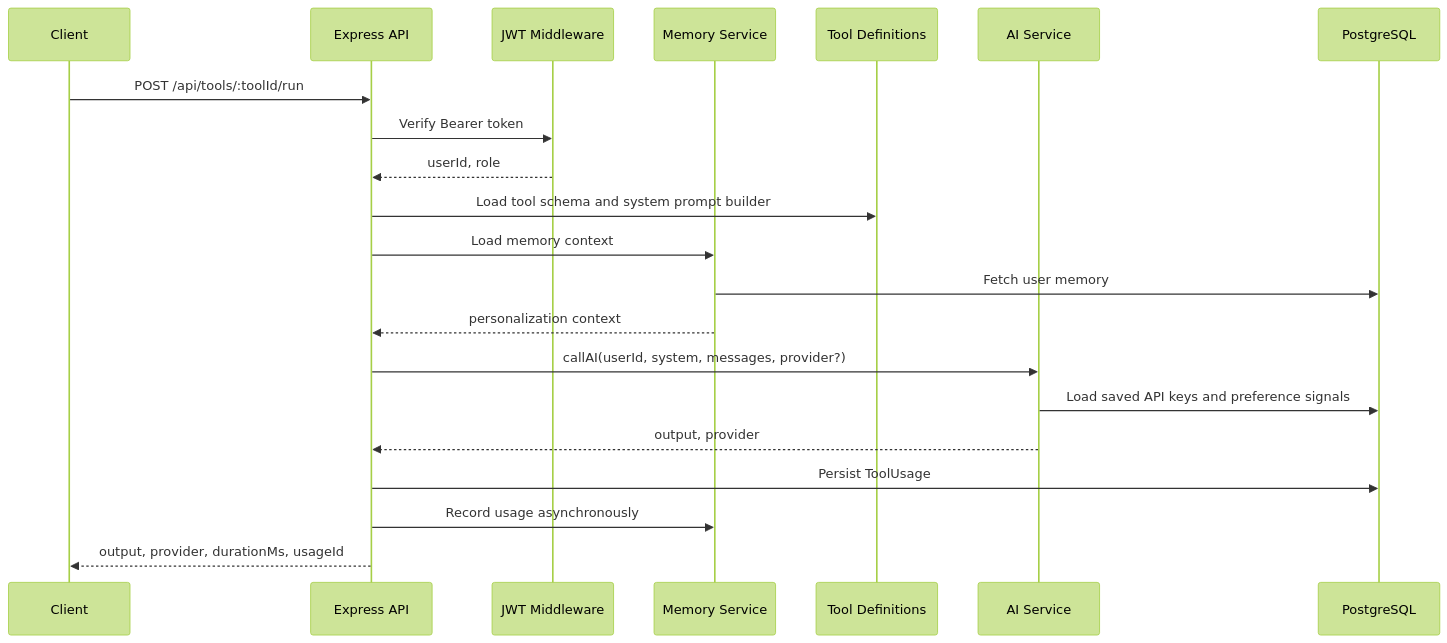
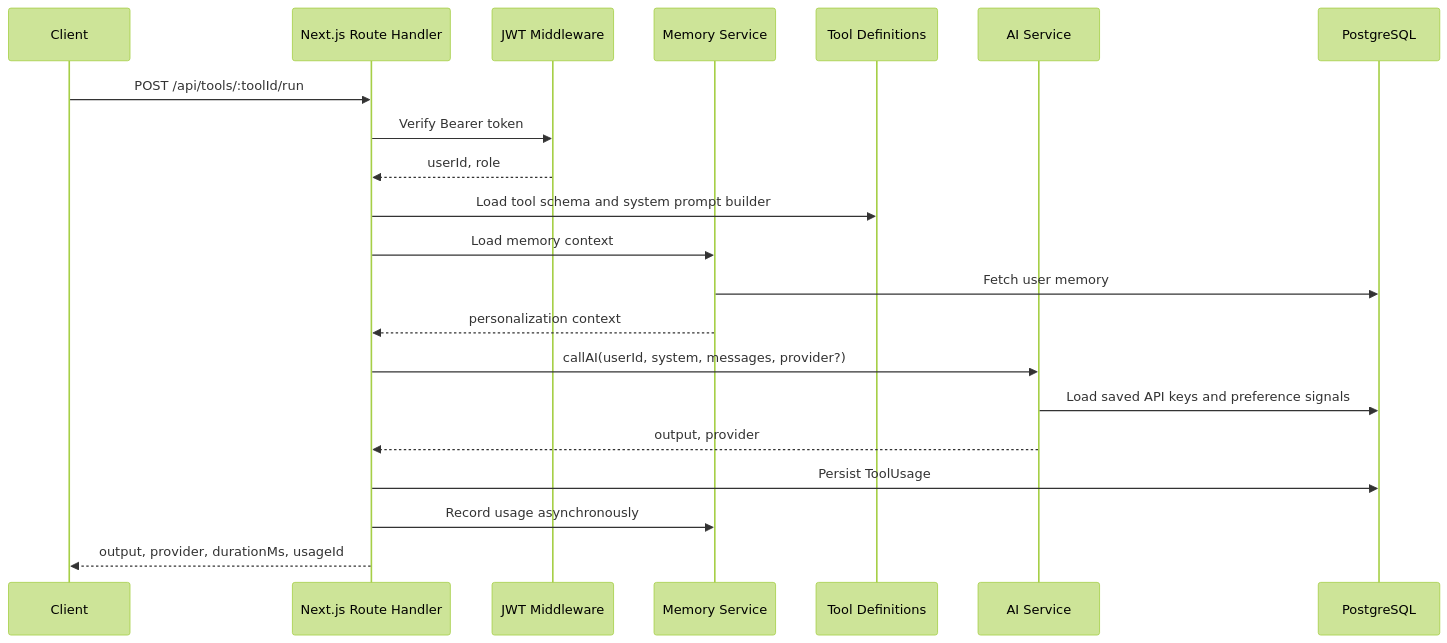
One commit to rushikesh-kanbargi/FluxDesk changed the second of 5 diagrams in README.md. Above: the diagram before and after it, drawn with Mermaid (forest theme). The commit also changed other lines of this file and 89 other files, not shown here.

````diff
--- a/README.md
+++ b/README.md
@@ -207,24 +193,24 @@
 ```mermaid
 sequenceDiagram
     participant Client
-    participant API as Express API
+    participant API as Next.js Route Handler
     participant Auth as JWT Middleware
     participant Memory as Memory Service
     participant Tools as Tool Definitions
     participant AI as AI Service
     participant DB as PostgreSQL
 
     Client->>API: POST /api/tools/:toolId/run
     API->>Auth: Verify Bearer token
     Auth-->>API: userId, role
     API->>Tools: Load tool schema and system prompt builder
     API->>Memory: Load memory context
     Memory->>DB: Fetch user memory
     Memory-->>API: personalization context
     API->>AI: callAI(userId, system, messages, provider?)
     AI->>DB: Load saved API keys and preference signals
     AI-->>API: output, provider
     API->>DB: Persist ToolUsage
     API->>Memory: Record usage asynchronously
     API-->>Client: output, provider, durationMs, usageId
 ```
````
